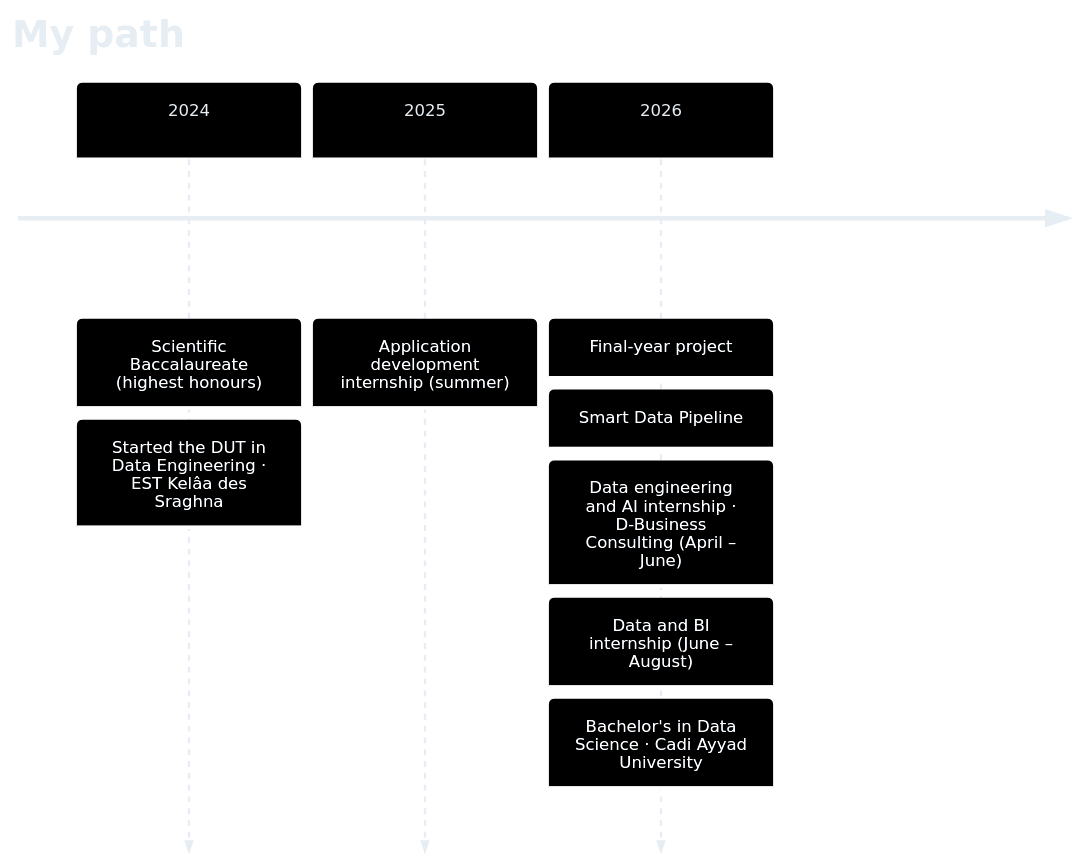
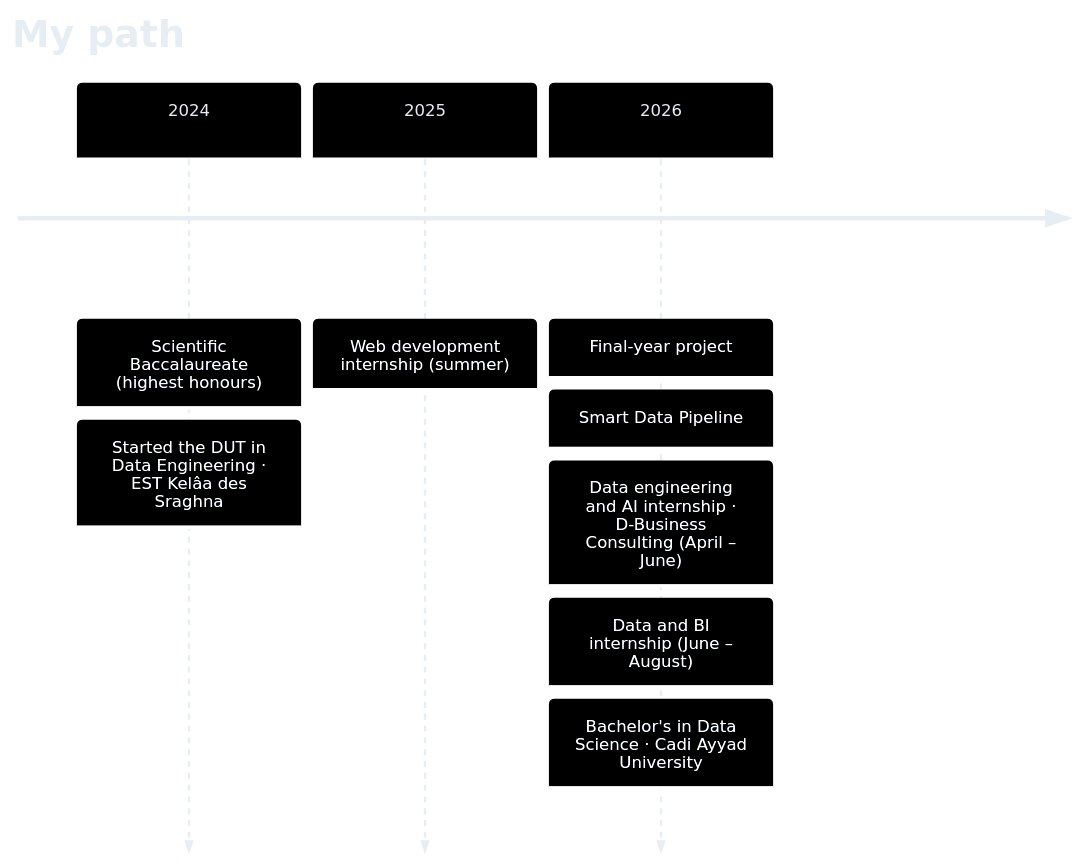
One commit to Samah-boudallaa/Samah-boudallaa changed the diagram in README.md. Above: the diagram before and after it, drawn with Mermaid. The commit also changed other lines of this file, not shown here.

````diff
--- a/README.md
+++ b/README.md
@@ -296,12 +312,12 @@
 ```mermaid
 %%{init: {"theme":"base","themeVariables":{"primaryColor":"#1c1730","primaryTextColor":"#e6edf3","primaryBorderColor":"#7c3aed","lineColor":"#a371f7","secondaryColor":"#1c1730","tertiaryColor":"#0d1117","fontSize":"14px"}}}%%
 timeline
     title My path
     2024 : Scientific Baccalaureate (highest honours)
          : Started the DUT in Data Engineering · EST Kelâa des Sraghna
-    2025 : Application development internship (summer)
+    2025 : Web development internship (summer)
     2026 : Final-year project: Smart Data Pipeline
          : Data engineering and AI internship · D-Business Consulting (April – June)
          : Data and BI internship (June – August)
          : Bachelor's in Data Science · Cadi Ayyad University
 ```
````
